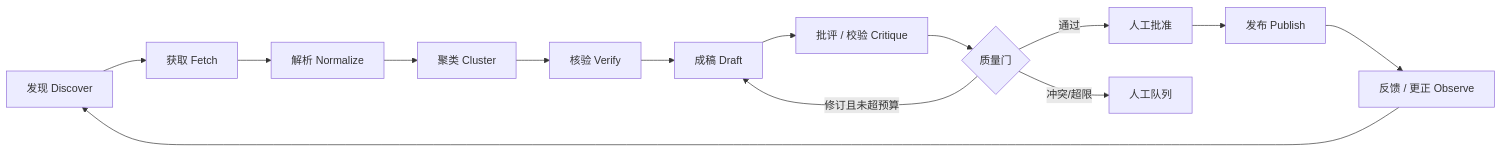
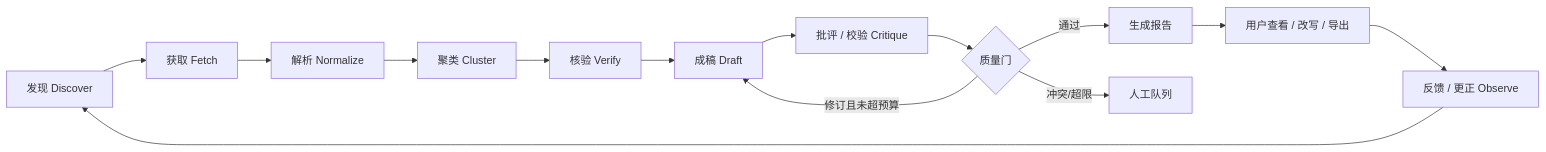
Before and after one commit to AlexYin-Tongji/football-ai-harness-loop: the second of 3 diagrams in docs/architecture/SYSTEM_DESIGN.md, drawn with Mermaid. The commit also changed other lines of this file and 10 other files, not shown here.

````diff
--- a/docs/architecture/SYSTEM_DESIGN.md
+++ b/docs/architecture/SYSTEM_DESIGN.md
@@ -83,16 +81,16 @@
 ```mermaid
 flowchart LR
     A["发现 Discover"] --> B["获取 Fetch"]
     B --> C["解析 Normalize"]
     C --> D["聚类 Cluster"]
     D --> E["核验 Verify"]
     E --> F["成稿 Draft"]
     F --> G["批评 / 校验 Critique"]
     G --> H{"质量门"}
-    H -->|通过| I["人工批准"]
+    H -->|通过| I["生成报告"]
     H -->|修订且未超预算| F
     H -->|冲突/超限| J["人工队列"]
-    I --> K["发布 Publish"]
+    I --> K["用户查看 / 改写 / 导出"]
     K --> L["反馈 / 更正 Observe"]
     L --> A
 ```
````
